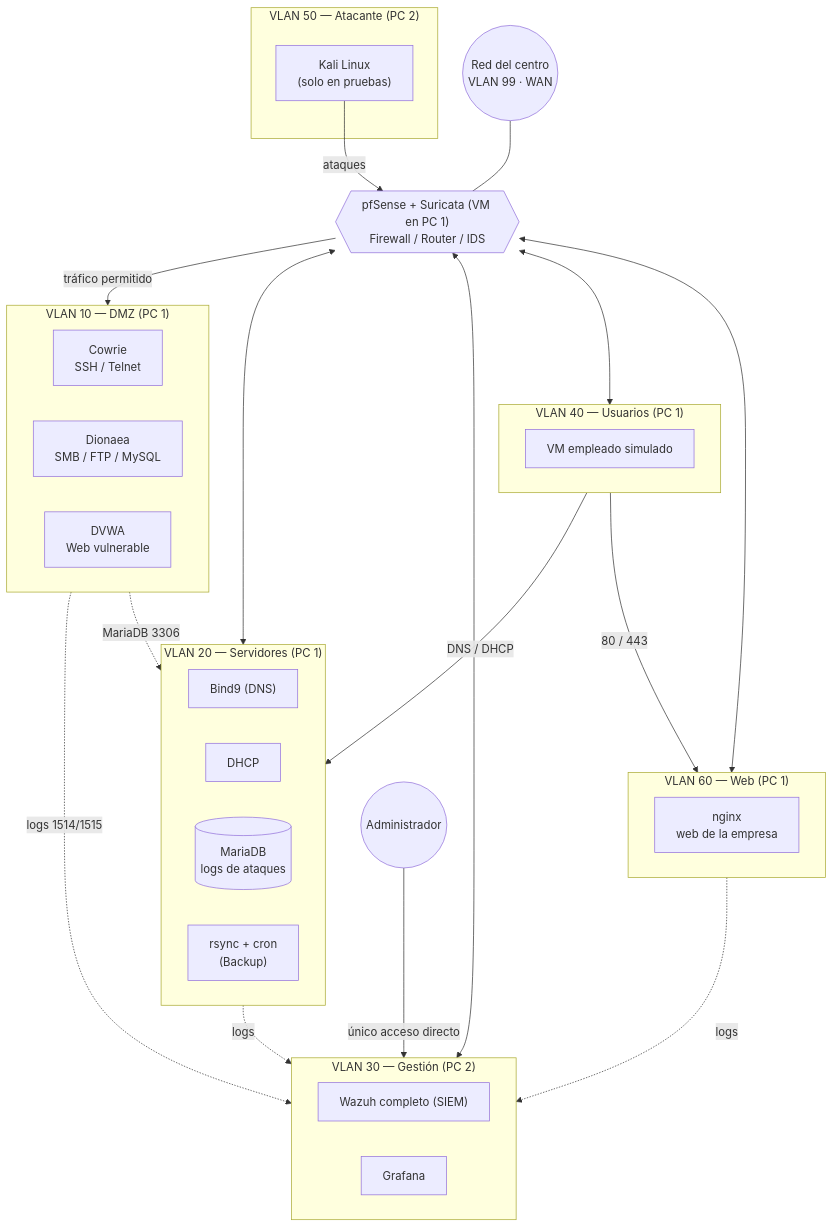
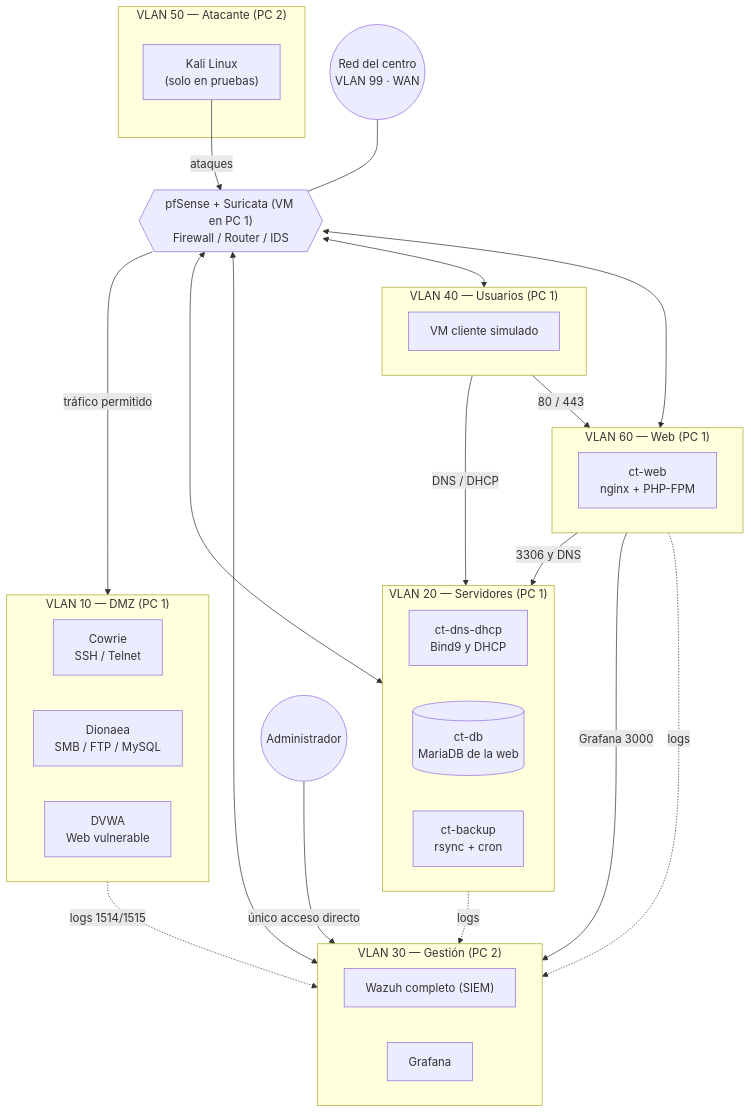
Before and after one commit to alexnaranjooo/APUNTES-ASIX: the diagram in docs/honeynet/introduccion-al-proyecto/diagrama-de-red.md, drawn with Mermaid. The commit also changed other lines of this file and 12 other files, not shown here.

Commit message:
GITBOOK-64: Coherencia de la arquitectura: ataques en Wazuh y Grafana, reglas y páginas antiguas

````diff
--- a/docs/honeynet/introduccion-al-proyecto/diagrama-de-red.md
+++ b/docs/honeynet/introduccion-al-proyecto/diagrama-de-red.md
@@ -11,55 +11,55 @@
 ```mermaid
 flowchart TB
     INTERNET(("Red del centro<br/>VLAN 99 · WAN"))
 
     PF{{"pfSense + Suricata (VM en PC 1)<br/>Firewall / Router / IDS"}}
 
     subgraph ATK["VLAN 50 — Atacante (PC 2)"]
         KALI["Kali Linux<br/>(solo en pruebas)"]
     end
 
     subgraph DMZ["VLAN 10 — DMZ (PC 1)"]
         COWRIE["Cowrie<br/>SSH / Telnet"]
         DIONAEA["Dionaea<br/>SMB / FTP / MySQL"]
         DVWA["DVWA<br/>Web vulnerable"]
     end
 
     subgraph SRV["VLAN 20 — Servidores (PC 1)"]
-        DNS["Bind9 (DNS)"]
-        DHCP["DHCP"]
-        MYSQL[("MariaDB<br/>logs de ataques")]
-        BACKUP["rsync + cron<br/>(Backup)"]
+        DNS["ct-dns-dhcp<br/>Bind9 y DHCP"]
+        MYSQL[("ct-db<br/>MariaDB de la web")]
+        BACKUP["ct-backup<br/>rsync + cron"]
     end
 
     subgraph MGMT["VLAN 30 — Gestión (PC 2)"]
         WAZUH["Wazuh completo (SIEM)"]
         GRAFANA["Grafana"]
     end
 
     subgraph USERS["VLAN 40 — Usuarios (PC 1)"]
-        CLIENT["VM empleado simulado"]
+        CLIENT["VM cliente simulado"]
     end
 
     subgraph WEB["VLAN 60 — Web (PC 1)"]
-        NGINX["nginx<br/>web de la empresa"]
+        NGINX["ct-web<br/>nginx + PHP-FPM"]
     end
 
     ADMIN(("Administrador"))
 
     INTERNET --- PF
     KALI -- "ataques" --> PF
     PF -- "tráfico permitido" --> DMZ
     PF <--> SRV
     PF <--> MGMT
     PF <--> USERS
     PF <--> WEB
 
     USERS -- "DNS / DHCP" --> SRV
     USERS -- "80 / 443" --> WEB
+    WEB -- "3306 y DNS" --> SRV
+    WEB -- "Grafana 3000" --> MGMT
     ADMIN -- "único acceso directo" --> MGMT
 
     DMZ -. "logs 1514/1515" .-> MGMT
-    DMZ -. "MariaDB 3306" .-> SRV
     SRV -. "logs" .-> MGMT
     WEB -. "logs" .-> MGMT
 ```
````
